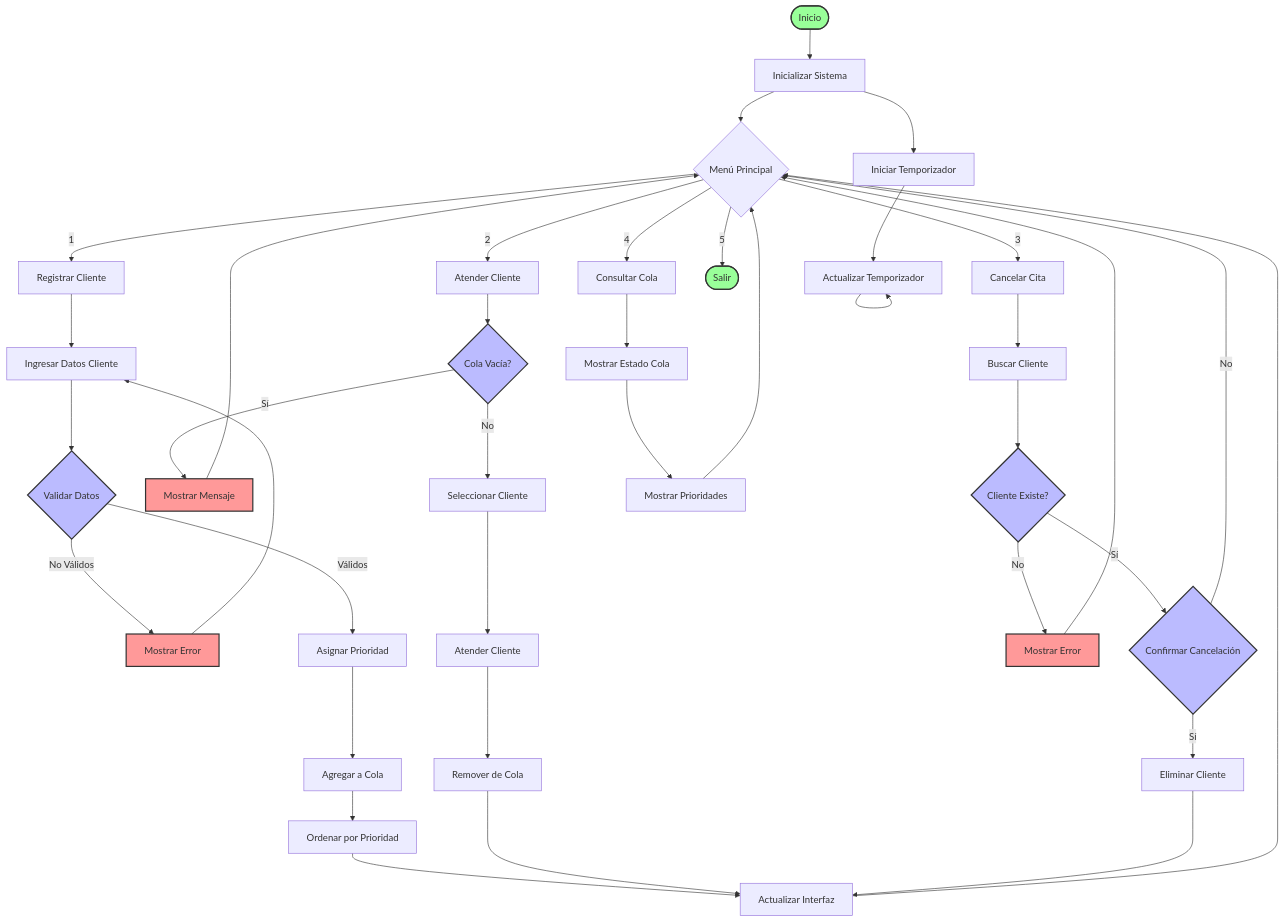
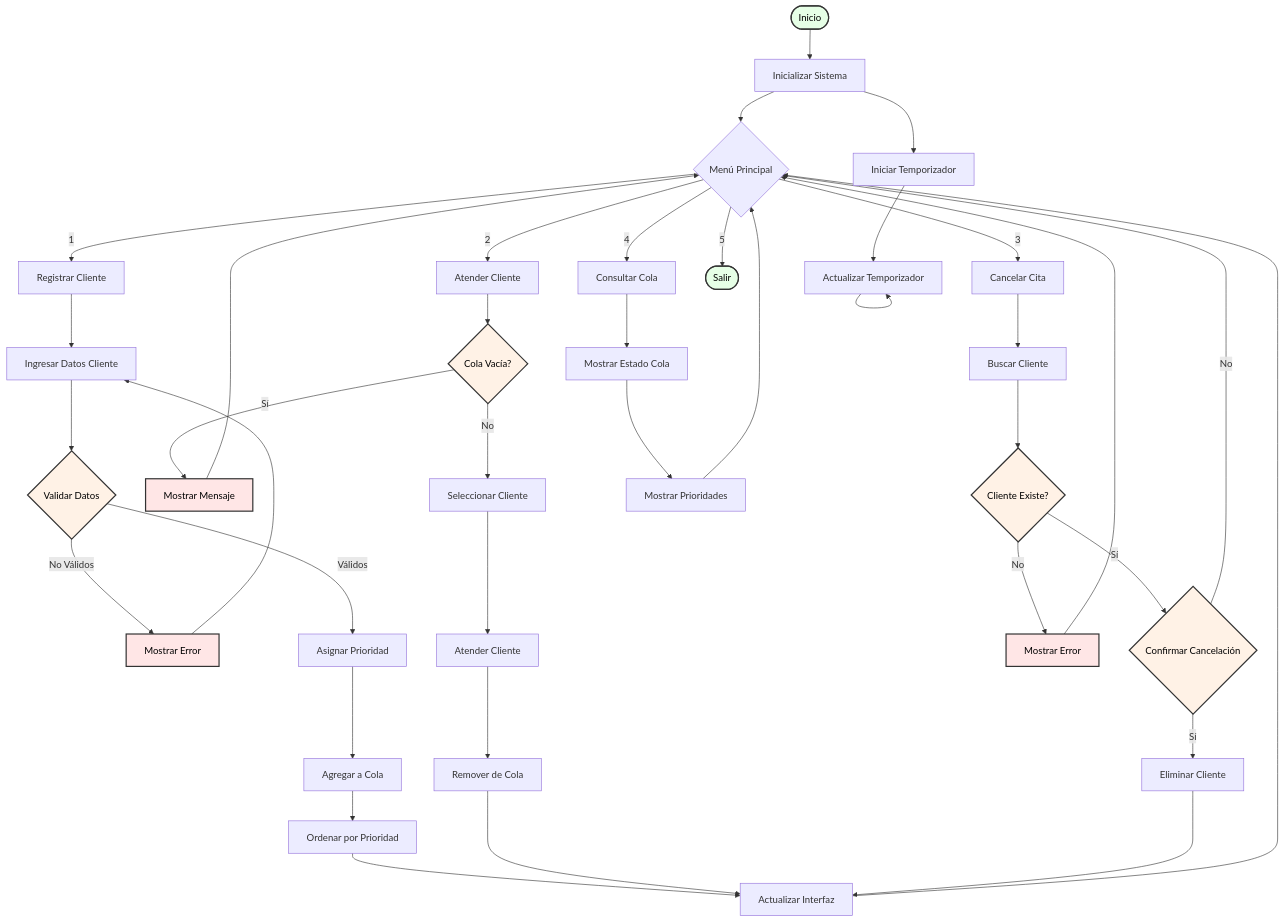
Before and after one commit to SantiagoPrada2005/citas-con-prioridad-colas-ordenadas: the diagram in diagrama-flujo.md, drawn with Mermaid.

````diff
--- a/diagrama-flujo.md
+++ b/diagrama-flujo.md
@@ -5,61 +5,61 @@
 ```mermaid
 flowchart TD
     Start([Inicio]) --> Init[Inicializar Sistema]
     Init --> Menu{Menú Principal}
     
     Menu -->|1| RegCliente[Registrar Cliente]
     Menu -->|2| Atender[Atender Cliente]
     Menu -->|3| Cancelar[Cancelar Cita]
     Menu -->|4| Consultar[Consultar Cola]
     Menu -->|5| Exit([Salir])
     
     %% Flujo de Registro de Cliente
     RegCliente --> InputDatos[Ingresar Datos Cliente]
     InputDatos --> ValidarDatos{Validar Datos}
     ValidarDatos -->|No Válidos| ErrorDatos[Mostrar Error]
     ErrorDatos --> InputDatos
     ValidarDatos -->|Válidos| AsignarPrioridad[Asignar Prioridad]
     AsignarPrioridad --> AgregarCola[Agregar a Cola]
     AgregarCola --> OrdenarCola[Ordenar por Prioridad]
     OrdenarCola --> ActualizarUI[Actualizar Interfaz]
     ActualizarUI --> Menu
     
     %% Flujo de Atender Cliente
     Atender --> VerificarCola{Cola Vacía?}
     VerificarCola -->|Sí| MsgVacia[Mostrar Mensaje]
     MsgVacia --> Menu
     VerificarCola -->|No| SeleccionarCliente[Seleccionar Cliente]
     SeleccionarCliente --> AtenderCliente[Atender Cliente]
     AtenderCliente --> RemoverCola[Remover de Cola]
     RemoverCola --> ActualizarUI
     
     %% Flujo de Cancelar Cita
     Cancelar --> BuscarCliente[Buscar Cliente]
     BuscarCliente --> ExisteCliente{Cliente Existe?}
     ExisteCliente -->|No| MsgNoExiste[Mostrar Error]
     MsgNoExiste --> Menu
     ExisteCliente -->|Sí| ConfirmarCancelar{Confirmar Cancelación}
     ConfirmarCancelar -->|No| Menu
     ConfirmarCancelar -->|Sí| EliminarCliente[Eliminar Cliente]
     EliminarCliente --> ActualizarUI
     
     %% Flujo de Consultar Cola
     Consultar --> MostrarCola[Mostrar Estado Cola]
     MostrarCola --> MostrarPrioridades[Mostrar Prioridades]
     MostrarPrioridades --> Menu
     
     %% Temporizador
     Init --> IniciarTimer[Iniciar Temporizador]
     IniciarTimer --> ActualizarTimer[Actualizar Temporizador]
     ActualizarTimer --> ActualizarTimer
     
     %% Estilos
-    classDef process fill:#f9f,stroke:#333,stroke-width:2px;
-    classDef decision fill:#bbf,stroke:#333,stroke-width:2px;
-    classDef start fill:#9f9,stroke:#333,stroke-width:2px;
-    classDef error fill:#f99,stroke:#333,stroke-width:2px;
+    classDef process fill:#e6f3ff,stroke:#333,stroke-width:2px,color:#000;
+    classDef decision fill:#fff2e6,stroke:#333,stroke-width:2px,color:#000;
+    classDef start fill:#e6ffe6,stroke:#333,stroke-width:2px,color:#000;
+    classDef error fill:#ffe6e6,stroke:#333,stroke-width:2px,color:#000;
     
     class Start,Exit start;
     class ValidarDatos,VerificarCola,ExisteCliente,ConfirmarCancelar decision;
     class ErrorDatos,MsgVacia,MsgNoExiste error;
 ```
````
